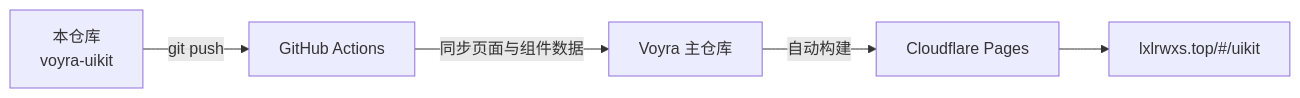
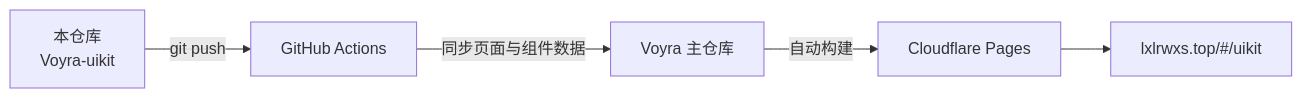
The diagram in README.md (liixnglinb/voyra-uikit), drawn with Mermaid before and after one commit. The commit also changed other lines of this file, not shown here.

Commit message:
docs: repo renamed voyra-uikit -> Voyra-uikit, update README links

````diff
--- a/README.md
+++ b/README.md
@@ -62,7 +62,7 @@
 ```mermaid
 flowchart LR
-  A["本仓库<br/>voyra-uikit"] -->|git push| B["GitHub Actions"]
+  A["本仓库<br/>Voyra-uikit"] -->|git push| B["GitHub Actions"]
   B -->|同步页面与组件数据| C["Voyra 主仓库"]
   C -->|自动构建| D["Cloudflare Pages"]
   D --> E["lxlrwxs.top/#/uikit"]
 ```
````
